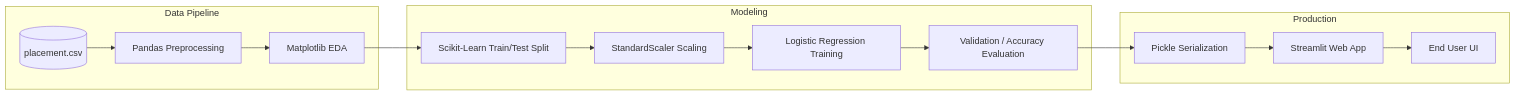
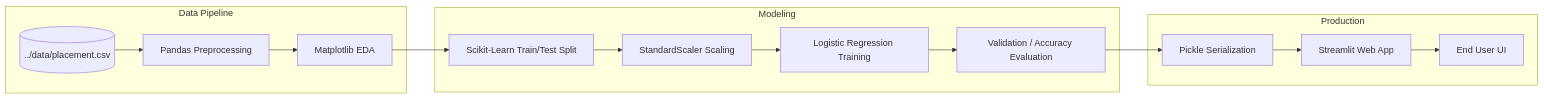
One commit to RiazML/machine-learning-notes changed the diagram in docs/013_end-to-end_toy_project.md. Above: the diagram before and after it, drawn with Mermaid. The commit also changed other lines of this file and 42 other files, not shown here.

````diff
--- a/docs/013_end-to-end_toy_project.md
+++ b/docs/013_end-to-end_toy_project.md
@@ -13,20 +13,20 @@
 ```mermaid
 graph LR
     subgraph Data Pipeline
-    A[("placement.csv")] --> B["Pandas Preprocessing"]
+    A[("../data/placement.csv")] --> B["Pandas Preprocessing"]
     B --> C["Matplotlib EDA"]
     end
 
     subgraph Modeling
     C --> D["Scikit-Learn Train/Test Split"]
     D --> E["StandardScaler Scaling"]
     E --> F["Logistic Regression Training"]
     F --> G["Validation / Accuracy Evaluation"]
     end
 
     subgraph Production
     G --> H["Pickle Serialization"]
     H --> I["Streamlit Web App"]
     I --> J["End User UI"]
     end
 ```
````
